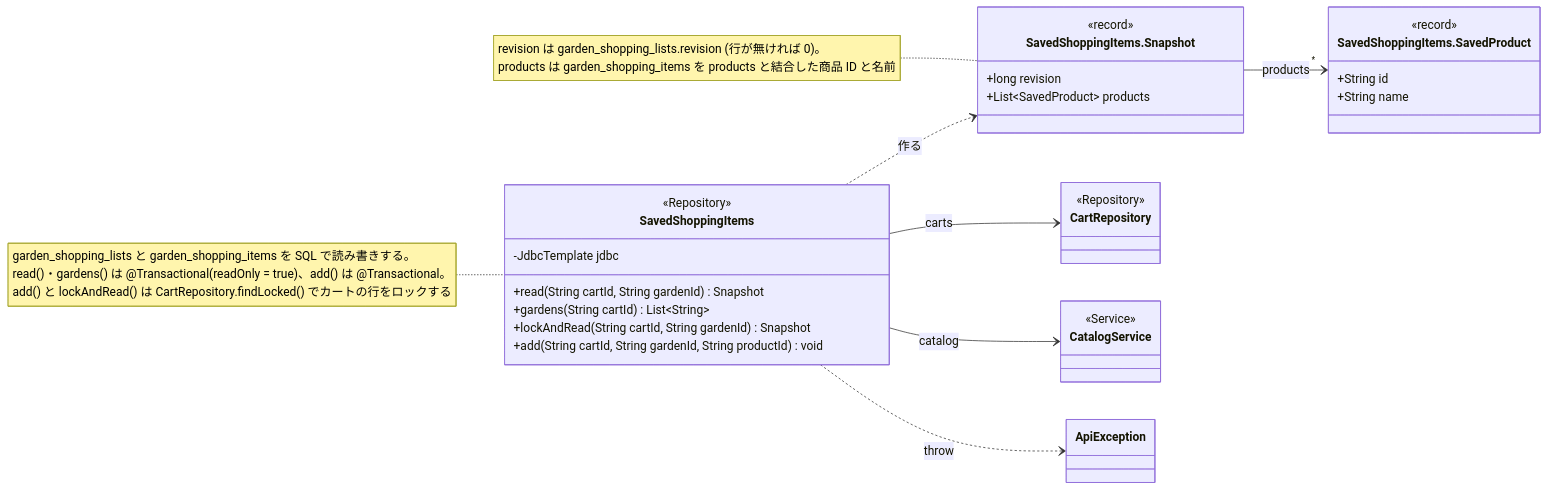
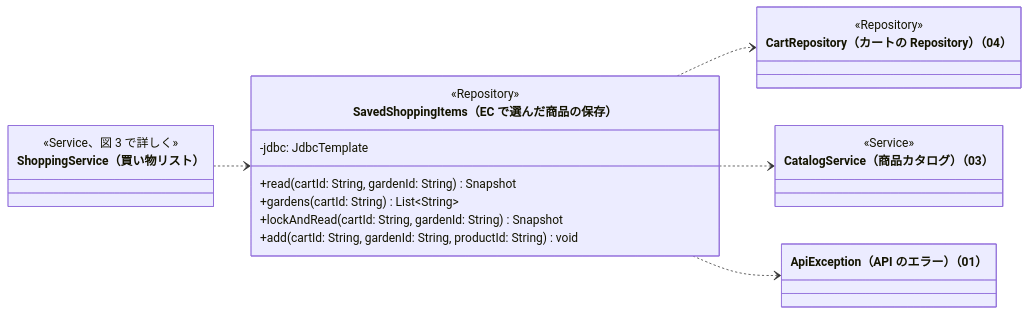
The first of 8 diagrams in クラス図/kusakari-ec/06_買い物リスト.md (abeouga/kusakari-document), drawn with Mermaid before and after one commit. The commit also changed other lines of this file and 87 other files, not shown here.

Commit message:
EC のクラス図に全体図を足し、詳細図をデータとモジュールの図に分けて書き直す

````diff
--- a/クラス図/kusakari-ec/06_買い物リスト.md
+++ b/クラス図/kusakari-ec/06_買い物リスト.md
@@ -44,38 +35,27 @@
 ```mermaid
 classDiagram
-  direction LR
-  class SavedShoppingItems {
-    <<Repository>>
-    -JdbcTemplate jdbc
-    +read(String cartId, String gardenId) Snapshot
-    +gardens(String cartId) List~String~
-    +lockAndRead(String cartId, String gardenId) Snapshot
-    +add(String cartId, String gardenId, String productId) void
-  }
-  class Snapshot["SavedShoppingItems.Snapshot"] {
-    <<record>>
-    +long revision
-    +List~SavedProduct~ products
-  }
-  class SavedProduct["SavedShoppingItems.SavedProduct"] {
-    <<record>>
-    +String id
-    +String name
-  }
-  class CartRepository {
-    <<Repository>>
-  }
-  class CatalogService {
-    <<Service>>
-  }
-  class ApiException
+    direction LR
+    class ShoppingService["ShoppingService（買い物リスト）"] {
+        <<Service、図 3 で詳しく>>
+    }
+    class SavedShoppingItems["SavedShoppingItems（EC で選んだ商品の保存）"] {
+        <<Repository>>
+        -jdbc: JdbcTemplate
+        +read(cartId: String, gardenId: String) Snapshot
+        +gardens(cartId: String) List~String~
+        +lockAndRead(cartId: String, gardenId: String) Snapshot
+        +add(cartId: String, gardenId: String, productId: String) void
+    }
+    class CartRepository["CartRepository（カートの Repository）（04）"] {
+        <<Repository>>
+    }
+    class CatalogService["CatalogService（商品カタログ）（03）"] {
+        <<Service>>
+    }
+    class ApiException["ApiException（API のエラー）（01）"]
 
-  SavedShoppingItems --> CartRepository : carts
-  SavedShoppingItems --> CatalogService : catalog
-  SavedShoppingItems ..> Snapshot : 作る
-  SavedShoppingItems ..> ApiException : throw
-  Snapshot --> "*" SavedProduct : products
-
-  note for SavedShoppingItems "garden_shopping_lists と garden_shopping_items を SQL で読み書きする。<br/>read()・gardens() は @Transactional(readOnly = true)、add() は @Transactional。<br/>add() と lockAndRead() は CartRepository.findLocked() でカートの行をロックする"
-  note for Snapshot "revision は garden_shopping_lists.revision (行が無ければ 0)。<br/>products は garden_shopping_items を products と結合した商品 ID と名前"
+    ShoppingService ..> SavedShoppingItems
+    SavedShoppingItems ..> CartRepository
+    SavedShoppingItems ..> CatalogService
+    SavedShoppingItems ..> ApiException
 ```
````
